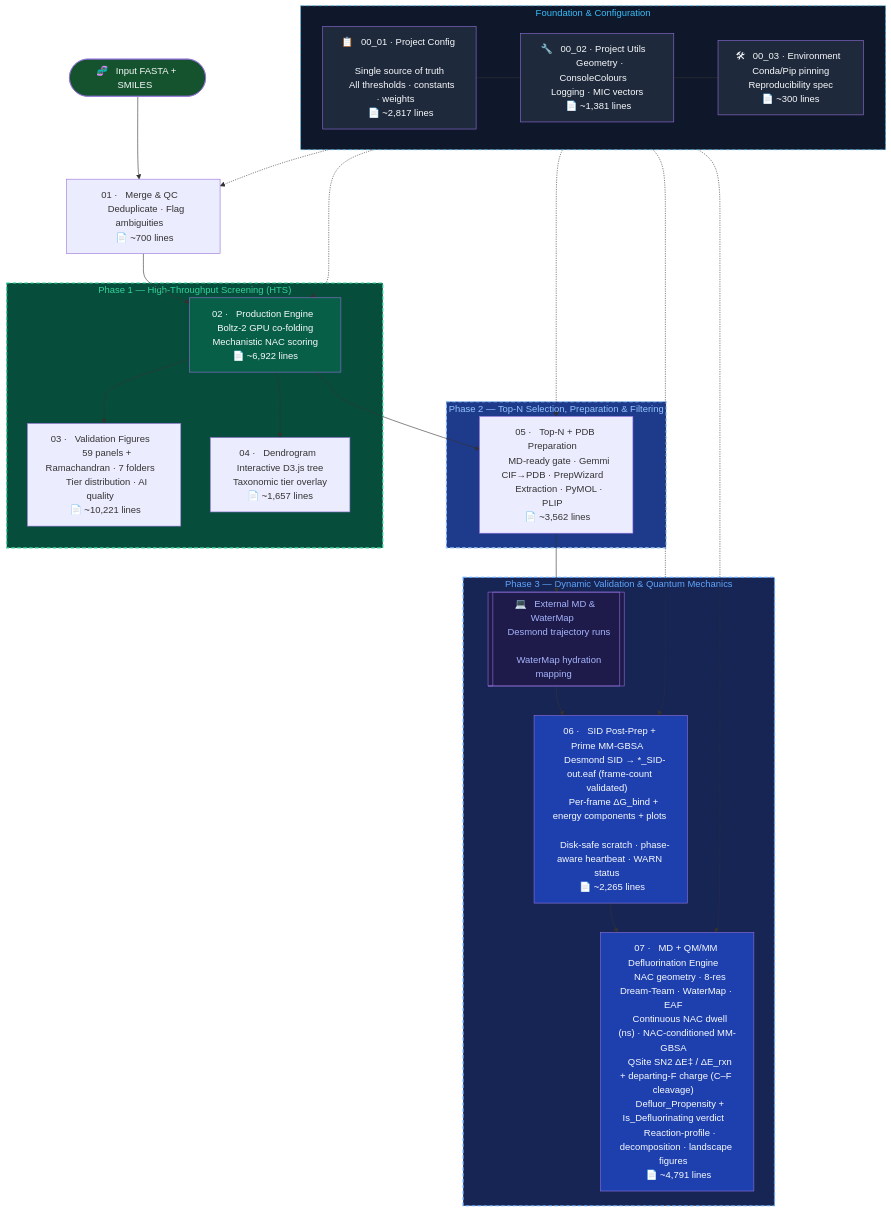
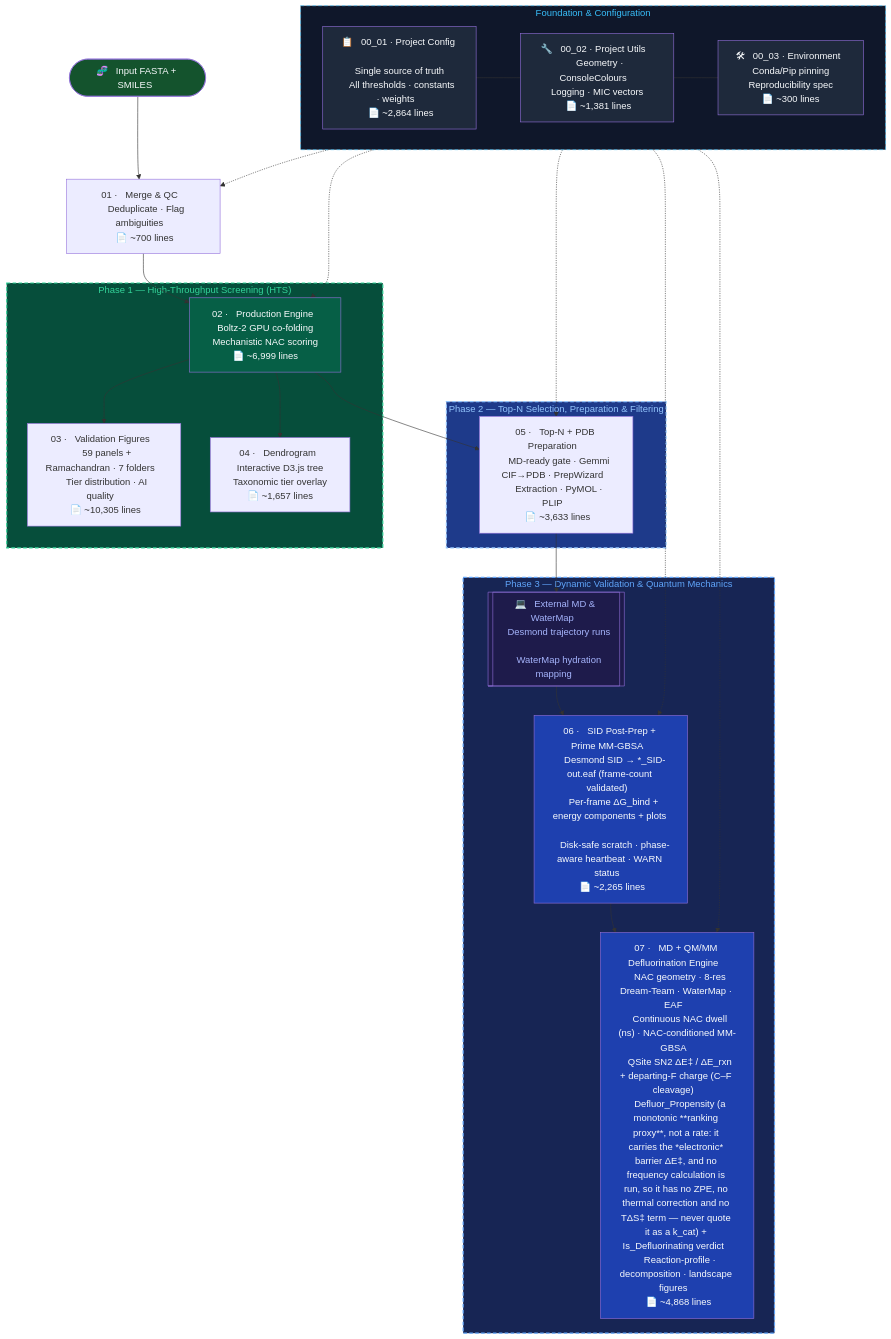
The diagram in README.md (KU-MGB/DeFluorX), drawn with Mermaid before and after one commit. The commit also changed other lines of this file, not shown here.

````diff
--- a/README.md
+++ b/README.md
@@ -190,56 +190,56 @@
 ```mermaid
 flowchart TD
     subgraph FOUNDATION["  Foundation & Configuration  "]
-        CFG["📋 &nbsp; 00_01 · Project Config &nbsp; \n &nbsp; Single source of truth &nbsp; \n &nbsp; All thresholds · constants · weights &nbsp; \n &nbsp; 📄 ~2,817 lines &nbsp; "]
+        CFG["📋 &nbsp; 00_01 · Project Config &nbsp; \n &nbsp; Single source of truth &nbsp; \n &nbsp; All thresholds · constants · weights &nbsp; \n &nbsp; 📄 ~2,864 lines &nbsp; "]
         UTL["🔧 &nbsp; 00_02 · Project Utils &nbsp; \n &nbsp; Geometry · ConsoleColours &nbsp; \n &nbsp; Logging · MIC vectors &nbsp; \n &nbsp; 📄 ~1,381 lines &nbsp; "]
         ENV["🛠 &nbsp; 00_03 · Environment &nbsp; \n &nbsp; Conda/Pip pinning &nbsp; \n &nbsp; Reproducibility spec &nbsp; \n &nbsp; 📄 ~300 lines &nbsp; "]
         CFG --- UTL --- ENV
     end
 
     START(["🧬 &nbsp; Input FASTA + SMILES &nbsp;"]) --> M1
     M1["01 · &nbsp; Merge & QC &nbsp; \n &nbsp; Deduplicate · Flag ambiguities &nbsp; \n &nbsp; 📄 ~700 lines &nbsp; "] --> M2
 
     subgraph PHASE1["  Phase 1 — High-Throughput Screening (HTS)  "]
-        M2["02 · &nbsp; Production Engine &nbsp; \n &nbsp; Boltz-2 GPU co-folding &nbsp; \n &nbsp; Mechanistic NAC scoring &nbsp; \n &nbsp; 📄 ~6,922 lines &nbsp; "]
-        M3["03 · &nbsp; Validation Figures &nbsp; \n &nbsp; 59 panels + Ramachandran · 7 folders &nbsp; \n &nbsp; Tier distribution · AI quality &nbsp; \n &nbsp; 📄 ~10,221 lines &nbsp; "]
+        M2["02 · &nbsp; Production Engine &nbsp; \n &nbsp; Boltz-2 GPU co-folding &nbsp; \n &nbsp; Mechanistic NAC scoring &nbsp; \n &nbsp; 📄 ~6,999 lines &nbsp; "]
+        M3["03 · &nbsp; Validation Figures &nbsp; \n &nbsp; 59 panels + Ramachandran · 7 folders &nbsp; \n &nbsp; Tier distribution · AI quality &nbsp; \n &nbsp; 📄 ~10,305 lines &nbsp; "]
         M4["04 · &nbsp; Dendrogram &nbsp; \n &nbsp; Interactive D3.js tree &nbsp; \n &nbsp; Taxonomic tier overlay &nbsp; \n &nbsp; 📄 ~1,657 lines &nbsp; "]
         M2 --> M3
         M2 --> M4
     end
 
     M2 --> M5
 
     subgraph PHASE2["  Phase 2 — Top-N Selection, Preparation & Filtering  "]
-        M5["05 · &nbsp; Top-N + PDB Preparation &nbsp; \n &nbsp; MD-ready gate · Gemmi CIF→PDB · PrepWizard &nbsp; \n &nbsp; Extraction · PyMOL · PLIP &nbsp; \n &nbsp; 📄 ~3,562 lines &nbsp; "]
+        M5["05 · &nbsp; Top-N + PDB Preparation &nbsp; \n &nbsp; MD-ready gate · Gemmi CIF→PDB · PrepWizard &nbsp; \n &nbsp; Extraction · PyMOL · PLIP &nbsp; \n &nbsp; 📄 ~3,633 lines &nbsp; "]
     end
 
     M5 --> EXT_MD
 
     subgraph PHASE3["  Phase 3 — Dynamic Validation & Quantum Mechanics  "]
         EXT_MD[["💻 &nbsp; External MD & WaterMap &nbsp; \n &nbsp; Desmond trajectory runs &nbsp; \n &nbsp; WaterMap hydration mapping &nbsp;"]]
         M6["06 · &nbsp; SID Post-Prep + Prime MM-GBSA &nbsp; \n &nbsp; Desmond SID → *_SID-out.eaf (frame-count validated) &nbsp; \n &nbsp; Per-frame ΔG_bind + energy components + plots &nbsp; \n &nbsp; Disk-safe scratch · phase-aware heartbeat · WARN status &nbsp; \n &nbsp; 📄 ~2,265 lines &nbsp; "]
-        M7["07 · &nbsp; MD + QM/MM Defluorination Engine &nbsp; \n &nbsp; NAC geometry · 8-res Dream-Team · WaterMap · EAF &nbsp; \n &nbsp; Continuous NAC dwell (ns) · NAC-conditioned MM-GBSA &nbsp; \n &nbsp; QSite SN2 ΔE‡ / ΔE_rxn + departing-F charge (C–F cleavage) &nbsp; \n &nbsp; Defluor_Propensity + Is_Defluorinating verdict &nbsp; \n &nbsp; Reaction-profile · decomposition · landscape figures &nbsp; \n &nbsp; 📄 ~4,791 lines &nbsp; "]
+        M7["07 · &nbsp; MD + QM/MM Defluorination Engine &nbsp; \n &nbsp; NAC geometry · 8-res Dream-Team · WaterMap · EAF &nbsp; \n &nbsp; Continuous NAC dwell (ns) · NAC-conditioned MM-GBSA &nbsp; \n &nbsp; QSite SN2 ΔE‡ / ΔE_rxn + departing-F charge (C–F cleavage) &nbsp; \n &nbsp; Defluor_Propensity (a monotonic **ranking proxy**, not a rate: it carries the *electronic* barrier ΔE‡, and no frequency calculation is run, so it has no ZPE, no thermal correction and no TΔS‡ term — never quote it as a k_cat) + Is_Defluorinating verdict &nbsp; \n &nbsp; Reaction-profile · decomposition · landscape figures &nbsp; \n &nbsp; 📄 ~4,868 lines &nbsp; "]
         EXT_MD --> M6 --> M7
     end
 
     %% Dependencies
     FOUNDATION -.-> M1
     FOUNDATION -.-> M2
     FOUNDATION -.-> M5
     FOUNDATION -.-> M6
     FOUNDATION -.-> M7
 
     style FOUNDATION fill:#0f172a,color:#38bdf8,stroke:#38bdf8
     style CFG fill:#1e293b,color:#f8fafc
     style UTL fill:#1e293b,color:#f8fafc
     style ENV fill:#1e293b,color:#f8fafc
     style PHASE1 fill:#064e3b,color:#34d399,stroke:#34d399,stroke-width:2px,stroke-dasharray: 6 4
     style PHASE2 fill:#1e3a8a,color:#93c5fd,stroke:#93c5fd,stroke-width:2px,stroke-dasharray: 6 4
     style PHASE3 fill:#172554,color:#60a5fa,stroke:#60a5fa,stroke-width:2px,stroke-dasharray: 6 4
     style FOUNDATION stroke-dasharray: 6 4
     style M2 fill:#065f46,color:#f8fafc
     style M6 fill:#1e40af,color:#f8fafc
     style M7 fill:#1e40af,color:#f8fafc
     style START fill:#14532d,color:#f8fafc
     style EXT_MD fill:#1e1b4b,color:#a5b4fc
 ```
````
